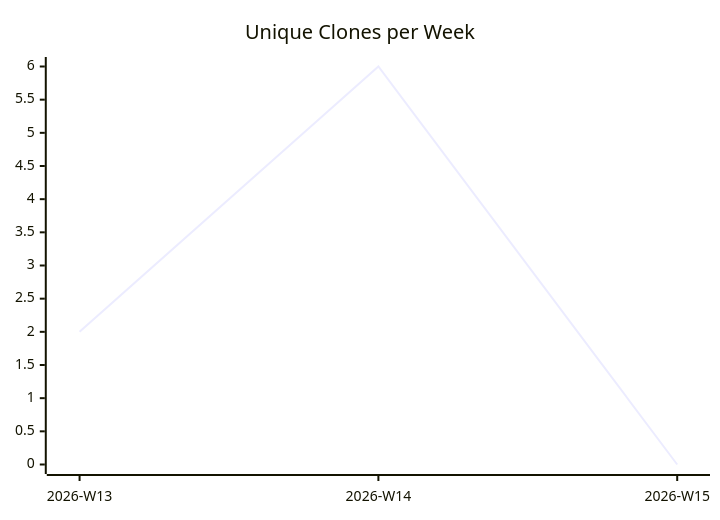
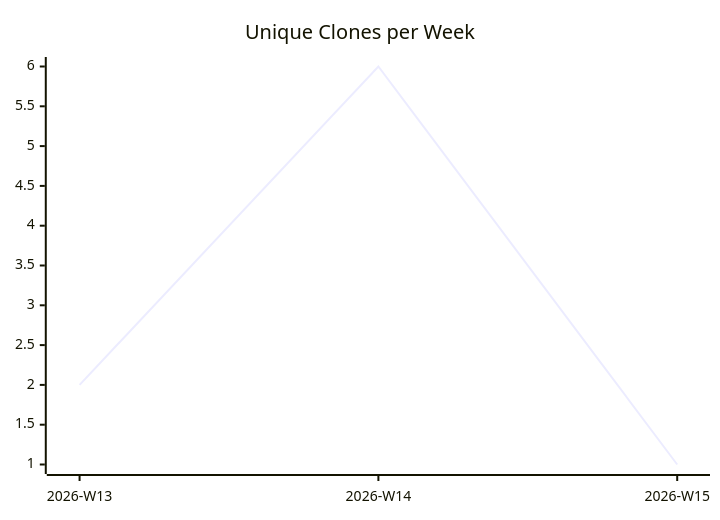
The third of 3 diagrams in karlmdavis/obsidian-operator/README.md (justdavis-family/github-analytics-data), drawn with Mermaid before and after one commit. The commit also changed other lines of this file and 191 other files, not shown here.

````diff
--- a/karlmdavis/obsidian-operator/README.md
+++ b/karlmdavis/obsidian-operator/README.md
@@ -19,6 +19,6 @@
 ```mermaid
 xychart-beta
   title "Unique Clones per Week"
   x-axis ["2026-W13", "2026-W14", "2026-W15"]
-  line [2, 6, 0]
+  line [2, 6, 1]
 ```
````
